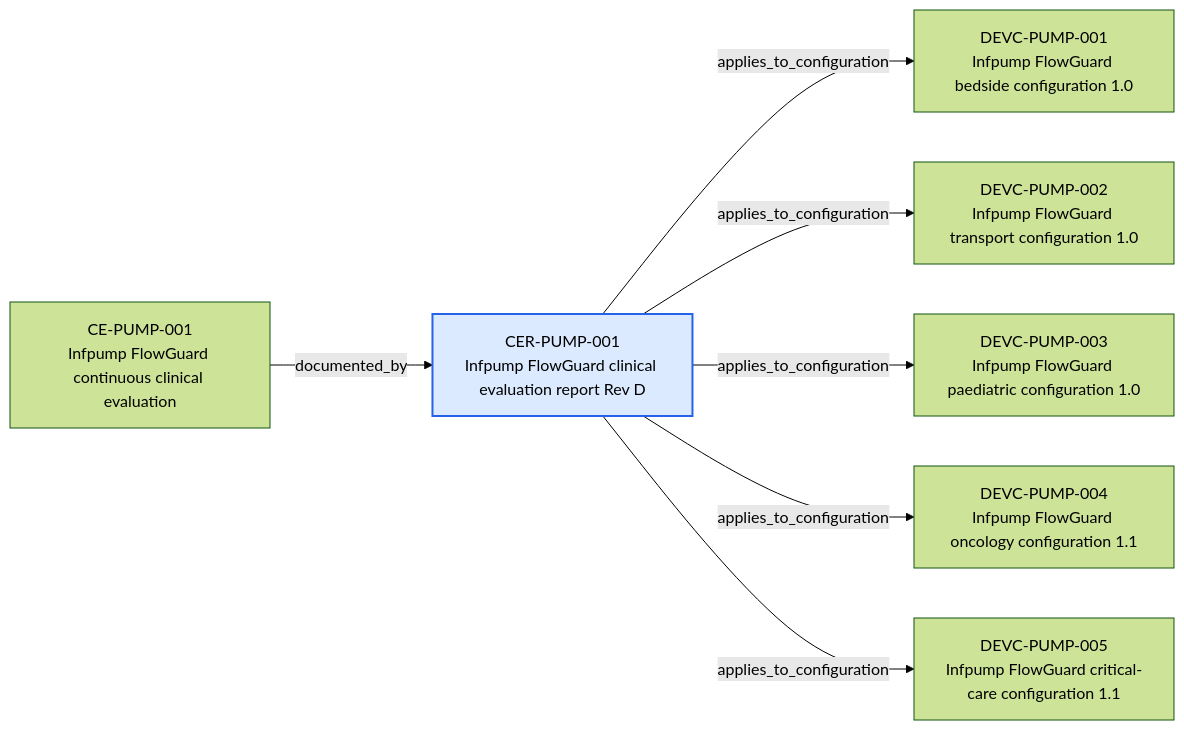
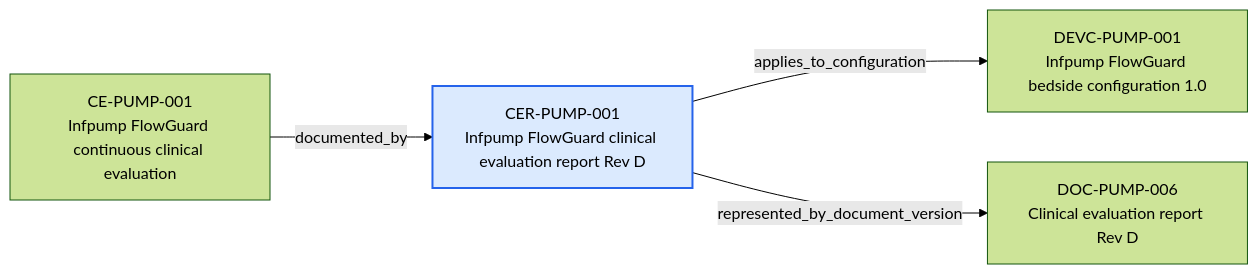
The diagram in content/06-Infpump FlowGuard ontology notes/clinical-evaluation-report/CER-PUMP-001-infpump-flowguard-clinical-evaluation-report-rev-d.md (mvattulainen/mdrontology), drawn with Mermaid (forest theme) before and after one commit. The commit also changed other lines of this file and 321 other files, not shown here.

Commit message:
Implement Mermaid ontology audit findings

````diff
--- a/content/06-Infpump FlowGuard ontology notes/clinical-evaluation-report/CER-PUMP-001-infpump-flowguard-clinical-evaluation-report-rev-d.md
+++ b/content/06-Infpump FlowGuard ontology notes/clinical-evaluation-report/CER-PUMP-001-infpump-flowguard-clinical-evaluation-report-rev-d.md
@@ -77,18 +79,12 @@
 ```mermaid
 flowchart LR
   CURRENT["CER-PUMP-001<br/>Infpump FlowGuard clinical evaluation report Rev D"]
   PREV0["CE-PUMP-001<br/>Infpump FlowGuard continuous clinical evaluation"]
   PREV0 -->|"documented_by"| CURRENT
   NEXT0["DEVC-PUMP-001<br/>Infpump FlowGuard bedside configuration 1.0"]
   CURRENT -->|"applies_to_configuration"| NEXT0
-  NEXT1["DEVC-PUMP-002<br/>Infpump FlowGuard transport configuration 1.0"]
-  CURRENT -->|"applies_to_configuration"| NEXT1
-  NEXT2["DEVC-PUMP-003<br/>Infpump FlowGuard paediatric configuration 1.0"]
-  CURRENT -->|"applies_to_configuration"| NEXT2
-  NEXT3["DEVC-PUMP-004<br/>Infpump FlowGuard oncology configuration 1.1"]
-  CURRENT -->|"applies_to_configuration"| NEXT3
-  NEXT4["DEVC-PUMP-005<br/>Infpump FlowGuard critical-care configuration 1.1"]
-  CURRENT -->|"applies_to_configuration"| NEXT4
+  NEXT1["DOC-PUMP-006<br/>Clinical evaluation report Rev D"]
+  CURRENT -->|"represented_by_document_version"| NEXT1
   classDef current fill:#dbeafe,stroke:#2563eb,stroke-width:2px
   class CURRENT current
 ```
````
